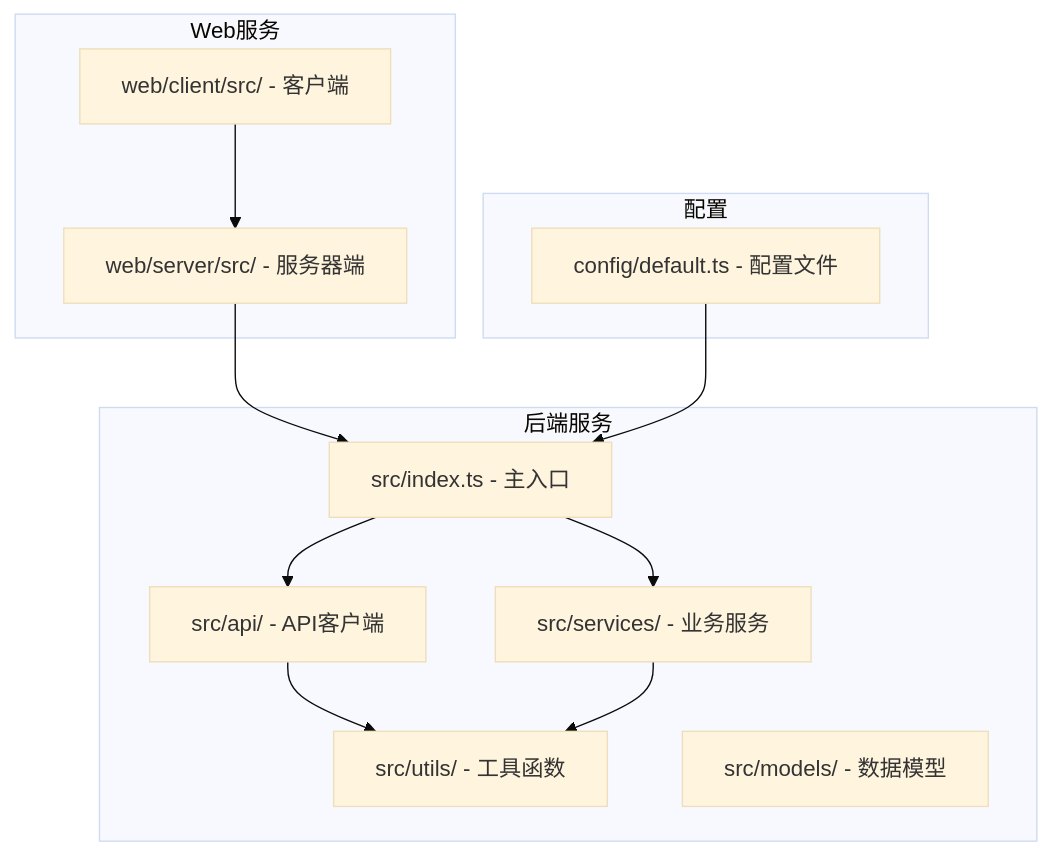
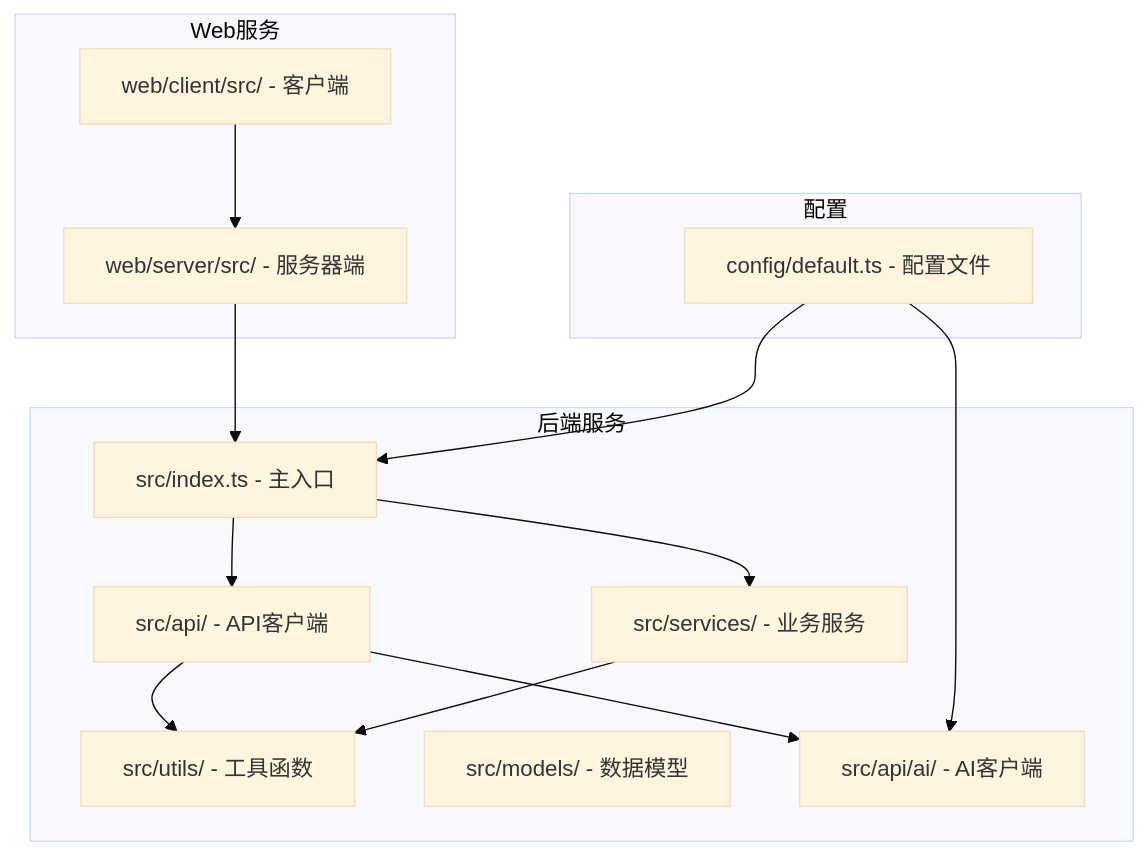
The first of 11 diagrams in .qoder/repowiki/zh/content/API客户端增强.md (songdiyang/clawOperations), drawn with Mermaid (base theme) before and after one commit. The commit also changed other lines of this file and 5 other files, not shown here.

````diff
--- a/.qoder/repowiki/zh/content/API客户端增强.md
+++ b/.qoder/repowiki/zh/content/API客户端增强.md
@@ -42,24 +54,27 @@
 ```mermaid
 graph TB
 subgraph "后端服务"
 A[src/index.ts - 主入口]
 B[src/api/ - API客户端]
 C[src/services/ - 业务服务]
 D[src/utils/ - 工具函数]
 E[src/models/ - 数据模型]
+F[src/api/ai/ - AI客户端]
 end
 subgraph "Web服务"
-F[web/server/src/ - 服务器端]
-G[web/client/src/ - 客户端]
+G[web/server/src/ - 服务器端]
+H[web/client/src/ - 客户端]
 end
 subgraph "配置"
-H[config/default.ts - 配置文件]
+I[config/default.ts - 配置文件]
 end
 A --> B
 A --> C
 B --> D
+B --> F
 C --> D
-F --> A
-G --> F
-H --> A
+G --> A
+H --> G
+I --> A
+I --> F
 ```
````
